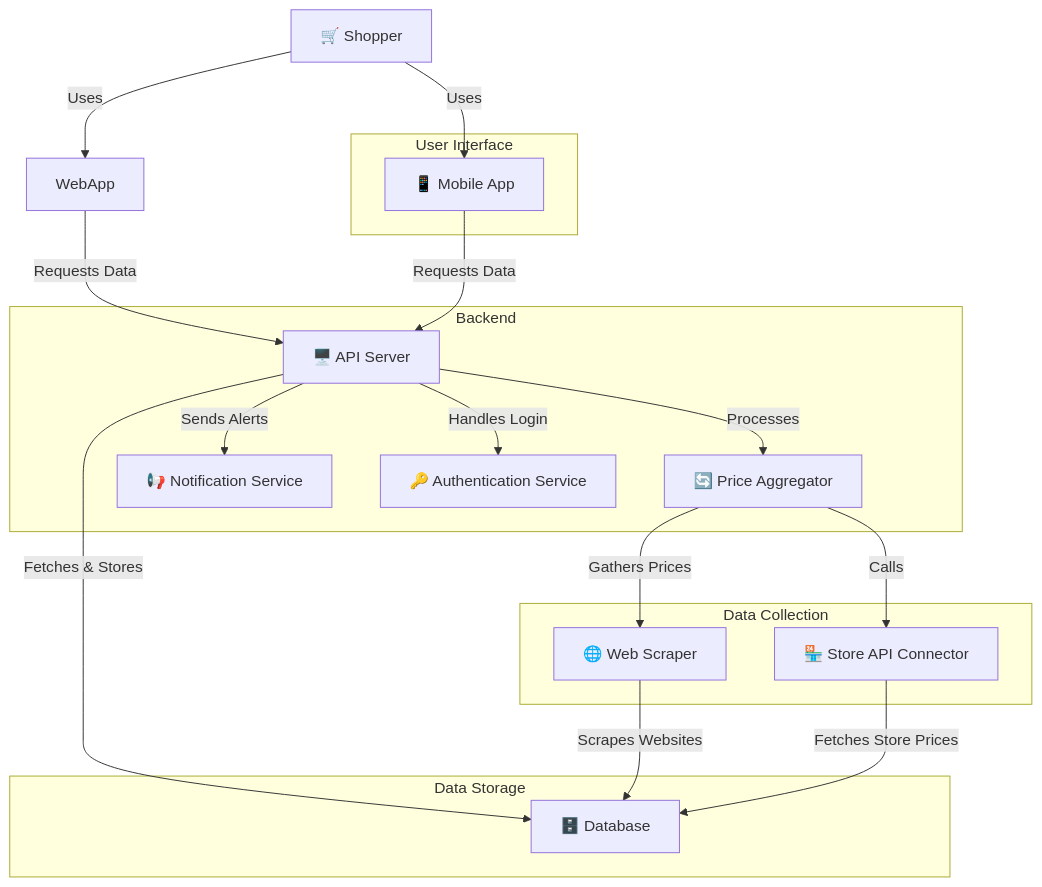
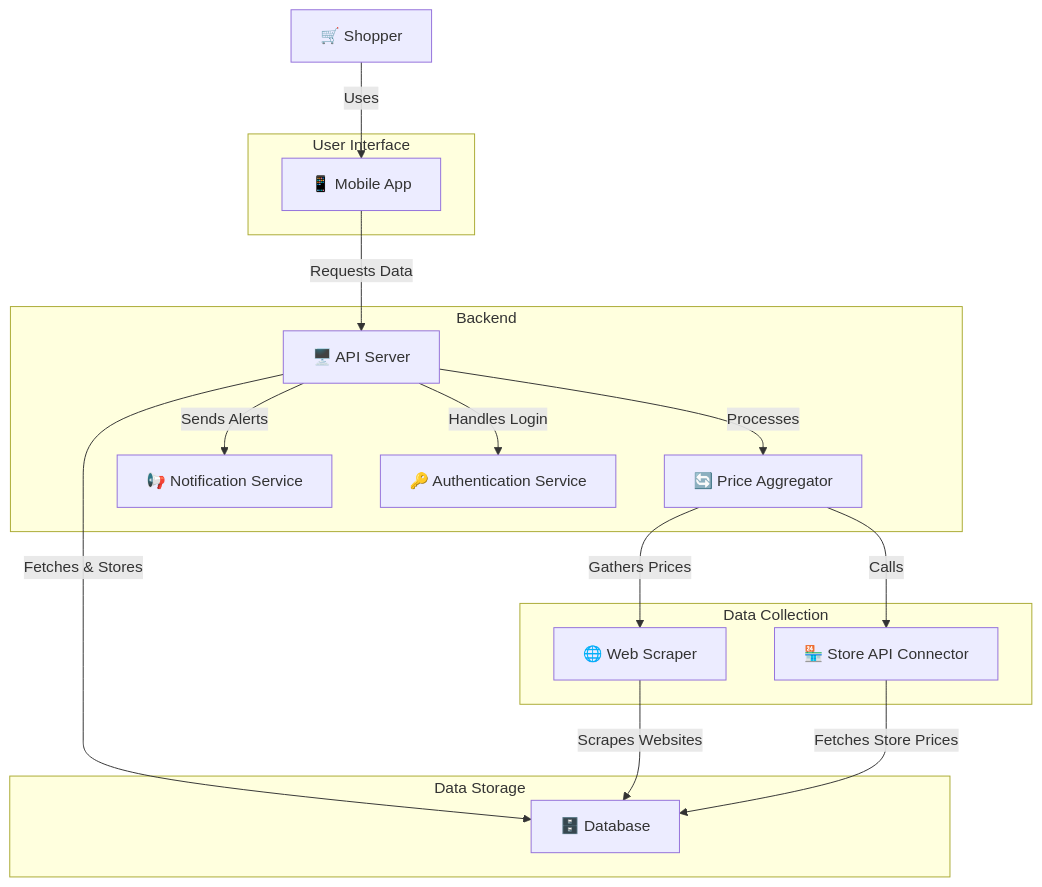
One commit to denzil-daniels-204525918/Price-aggregator-comparison-app changed the second of 4 diagrams in ARCHITECTURE.md. Above: the diagram before and after it, drawn with Mermaid. The commit also changed other lines of this file, not shown here.

````diff
--- a/ARCHITECTURE.md
+++ b/ARCHITECTURE.md
@@ -18,38 +18,36 @@
 ```mermaid
 graph TD;
     subgraph User Interface
         MobileApp["📱 Mobile App"]
     end
 
     subgraph Backend
         API["🖥️ API Server"]
         Aggregator["🔄 Price Aggregator"]
         Notification["📢 Notification Service"]
         Auth["🔑 Authentication Service"]
     end
 
     subgraph Data Storage
         Database["🗄️ Database"]
     end
 
     subgraph Data Collection
         Scraper["🌐 Web Scraper"]
         StoreAPI["🏪 Store API Connector"]
     end
 
-    User["🛒 Shopper"] -->|Uses| WebApp
-    User -->|Uses| MobileApp
+    User["🛒 Shopper"] -->|Uses| MobileApp
 
-    WebApp -->|Requests Data| API
     MobileApp -->|Requests Data| API
 
     API -->|Fetches & Stores| Database
     API -->|Processes| Aggregator
     API -->|Sends Alerts| Notification
     API -->|Handles Login| Auth
 
     Aggregator -->|Gathers Prices| Scraper
     Aggregator -->|Calls| StoreAPI
     Scraper -->|Scrapes Websites| Database
     StoreAPI -->|Fetches Store Prices| Database
 ```
````
